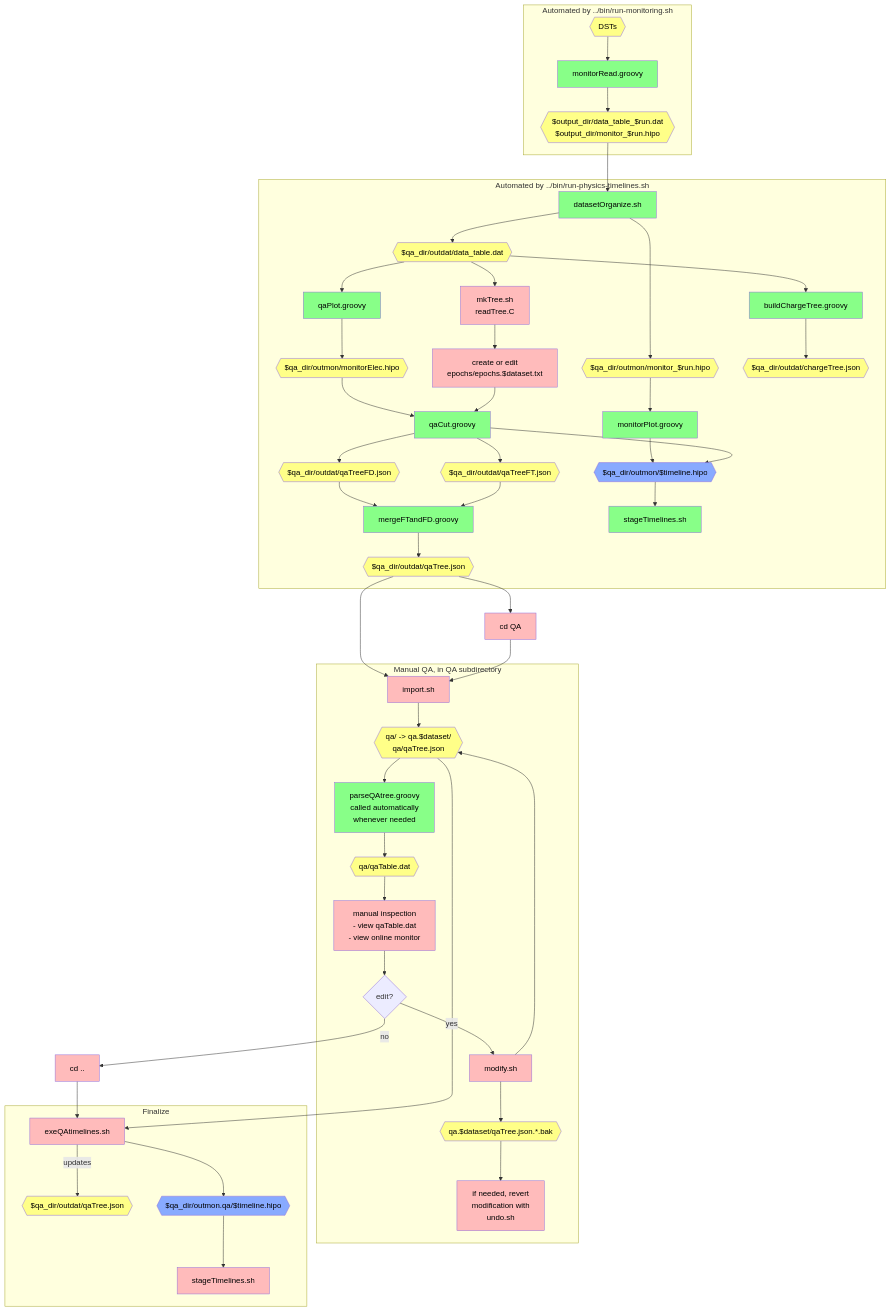
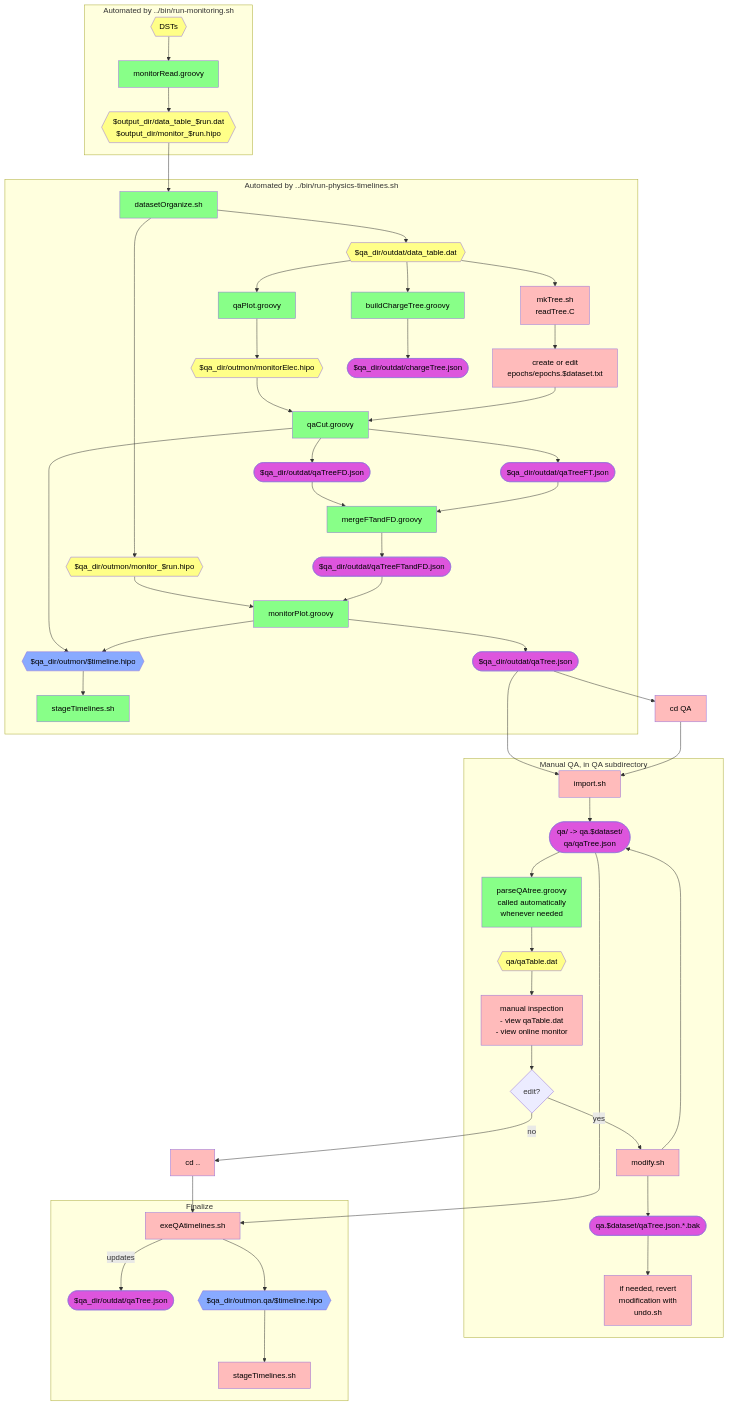
Before and after one commit to raffaelladevita/clas12-timeline: the second of 2 diagrams in qa-physics/docs/docDiagram.md, drawn with Mermaid. The commit also changed other lines of this file and 7 other files, not shown here.

````diff
--- a/qa-physics/docs/docDiagram.md
+++ b/qa-physics/docs/docDiagram.md
@@ -43,11 +46,6 @@
       datasetOrganize --> outmonFiles
       datasetOrganize --> outdatFiles
 
-      monitorPlot[monitorPlot.groovy]:::auto
-      timelineFiles{{$qa_dir/outmon/$timeline.hipo}}:::timeline
-      outmonFiles --> monitorPlot
-      monitorPlot --> timelineFiles
-
       qaPlot[qaPlot.groovy]:::auto
       outdatFiles --> mkTree[mkTree.sh<br />readTree.C]:::manual
       mkTree --> createEpochs[create or edit<br>epochs/epochs.$dataset.txt]:::manual
@@ -57,18 +55,26 @@
 
       qaCut[qaCut.groovy]:::auto
       mergeFTandFD[mergeFTandFD.groovy]:::auto
-      qaTreeFD{{$qa_dir/outdat/qaTreeFD.json}}:::data
-      qaTreeFT{{$qa_dir/outdat/qaTreeFT.json}}:::data
-      qaTree{{$qa_dir/outdat/qaTree.json}}:::data
+      qaTreeFD([$qa_dir/outdat/qaTreeFD.json]):::json
+      qaTreeFT([$qa_dir/outdat/qaTreeFT.json]):::json
+      qaTreeFTandFD([$qa_dir/outdat/qaTreeFTandFD.json]):::json
+      timelineFiles{{$qa_dir/outmon/$timeline.hipo}}:::timeline
       monitorElec --> qaCut
       createEpochs --> qaCut
       qaCut --> timelineFiles
       qaCut --> qaTreeFD --> mergeFTandFD
       qaCut --> qaTreeFT --> mergeFTandFD
-      mergeFTandFD --> qaTree
+      mergeFTandFD --> qaTreeFTandFD
+
+      monitorPlot[monitorPlot.groovy]:::auto
+      qaTree([$qa_dir/outdat/qaTree.json]):::json
+      outmonFiles --> monitorPlot
+      qaTreeFTandFD --> monitorPlot
+      monitorPlot --> qaTree
+      monitorPlot --> timelineFiles
 
       buildCT[buildChargeTree.groovy]:::auto
-      chargeTree{{$qa_dir/outdat/chargeTree.json}}:::data
+      chargeTree([$qa_dir/outdat/chargeTree.json]):::json
       stage0[stageTimelines.sh]:::auto
       outdatFiles --> buildCT
       buildCT --> chargeTree
@@ -77,7 +83,7 @@
 
     subgraph "Manual QA, in QA subdirectory"
       import[import.sh]:::manual
-      qaLoc{{qa/ -> qa.$dataset/<br>qa/qaTree.json}}:::data
+      qaLoc([qa/ -> qa.$dataset/<br>qa/qaTree.json]):::json
       parse[parseQAtree.groovy<br>called automatically<br>whenever needed]:::auto
       qaTable{{qa/qaTable.dat}}:::data
 
@@ -91,7 +97,7 @@
       inspect --> edit{edit?}
 
       modify[modify.sh]:::manual
-      qaBak{{qa.$dataset/qaTree.json.*.bak}}:::data
+      qaBak([qa.$dataset/qaTree.json.*.bak]):::json
       undo[if needed, revert<br>modification with<br>undo.sh]:::manual
       edit -->|yes|modify
       modify --> qaLoc
@@ -101,7 +107,7 @@
 
     subgraph "Finalize"
       exeQAtimelines[exeQAtimelines.sh]:::manual
-      qaTreeUpdated{{$qa_dir/outdat/qaTree.json}}:::data
+      qaTreeUpdated([$qa_dir/outdat/qaTree.json]):::json
       qaTL{{$qa_dir/outmon.qa/$timeline.hipo}}:::timeline
       stage1[stageTimelines.sh]:::manual
       qaLoc --> exeQAtimelines
@@ -119,4 +125,5 @@
     classDef auto fill:#8f8,color:black
     classDef manual fill:#fbb,color:black
     classDef timeline fill:#8af,color:black
+    classDef json fill:#d5d,color:black
 ```
````
